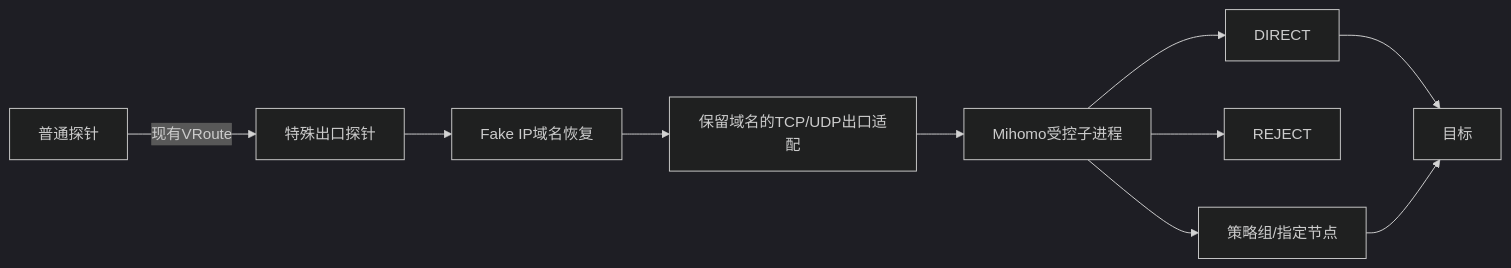
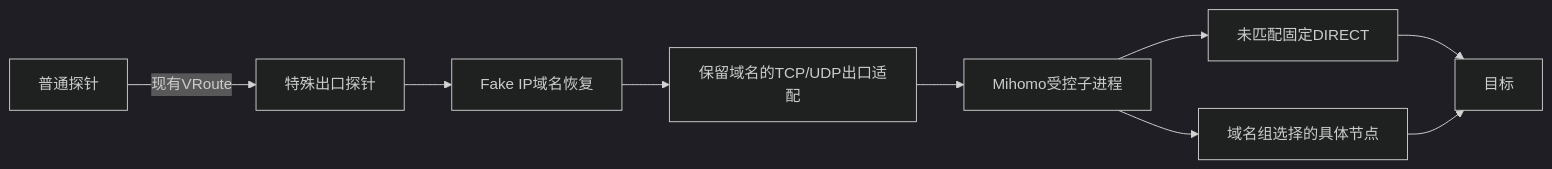
The diagram in doc/REQ-PEN-MIHOMO-EXIT-001-collaboration.md (fengzhanhuaer/CloudHelper), drawn with Mermaid (dark theme) before and after one commit. The commit also changed other lines of this file and 9 other files, not shown here.

````diff
--- a/doc/REQ-PEN-MIHOMO-EXIT-001-collaboration.md
+++ b/doc/REQ-PEN-MIHOMO-EXIT-001-collaboration.md
@@ -106,12 +108,11 @@
 ```mermaid
 flowchart LR
   A[普通探针] -->|现有VRoute| B[特殊出口探针]
   B --> C[Fake IP域名恢复]
   C --> D[保留域名的TCP/UDP出口适配]
   D --> I[Mihomo受控子进程]
-  I --> E[DIRECT]
-  I --> F[REJECT]
-  I --> G[策略组/指定节点]
+  I --> E[未匹配固定DIRECT]
+  I --> G[域名组选择的具体节点]
   E --> H[目标]
   G --> H
 ```
````
